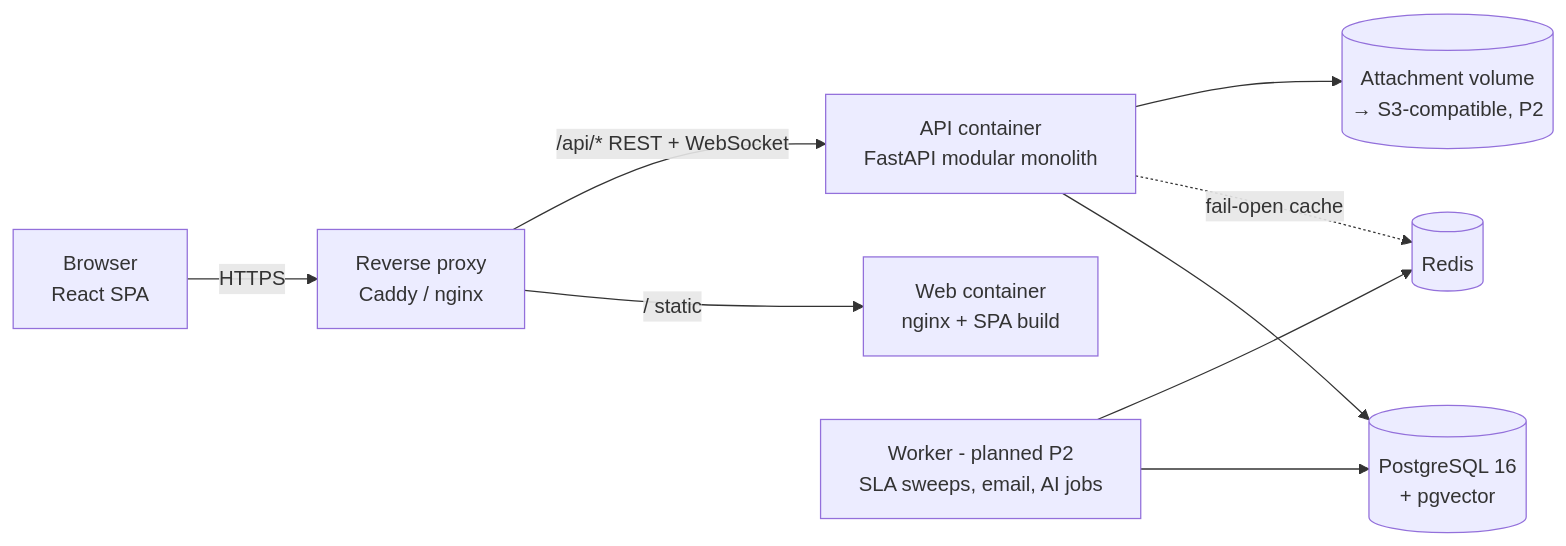
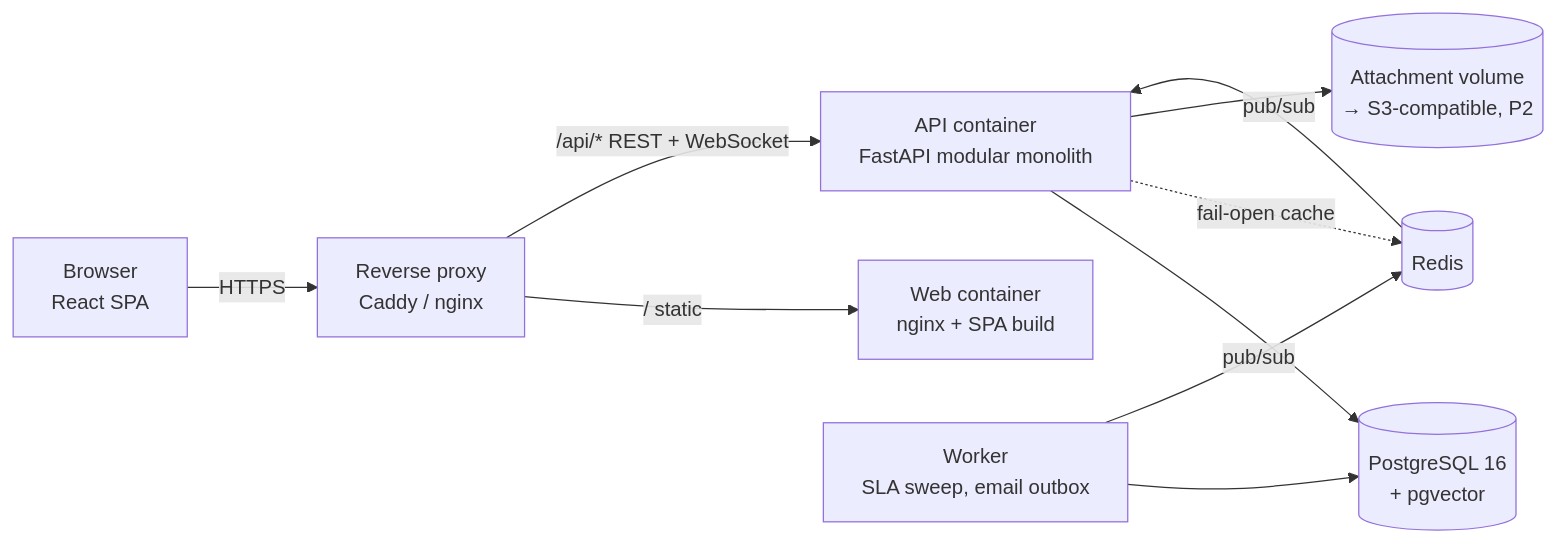
Before and after one commit to Dracula-5/AI-TICKETING-SYSTEM: the first of 4 diagrams in docs/system_design.md, drawn with Mermaid. The commit also changed other lines of this file and 36 other files, not shown here.

````diff
--- a/docs/system_design.md
+++ b/docs/system_design.md
@@ -49,11 +49,12 @@
 ```mermaid
 flowchart LR
     U[Browser<br/>React SPA] -- HTTPS --> P[Reverse proxy<br/>Caddy / nginx]
     P -- "/ static" --> W[Web container<br/>nginx + SPA build]
     P -- "/api/*  REST + WebSocket" --> A[API container<br/>FastAPI modular monolith]
     A --> DB[(PostgreSQL 16<br/>+ pgvector)]
     A -.fail-open cache.-> R[(Redis)]
     A --> FS[(Attachment volume<br/>→ S3-compatible, P2)]
-    WK[Worker - planned P2<br/>SLA sweeps, email, AI jobs] --> DB
-    WK --> R
+    WK[Worker<br/>SLA sweep, email outbox] --> DB
+    WK -- pub/sub --> R
+    R -- pub/sub --> A
 ```
````
